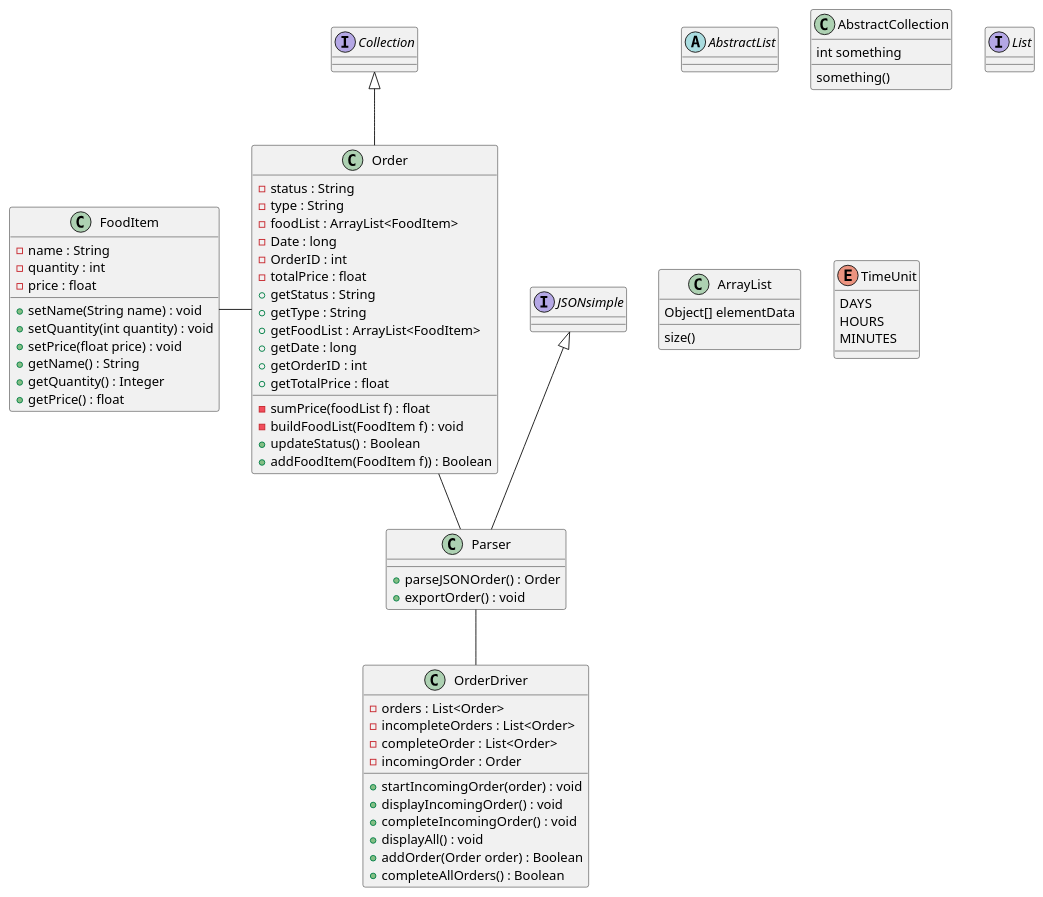
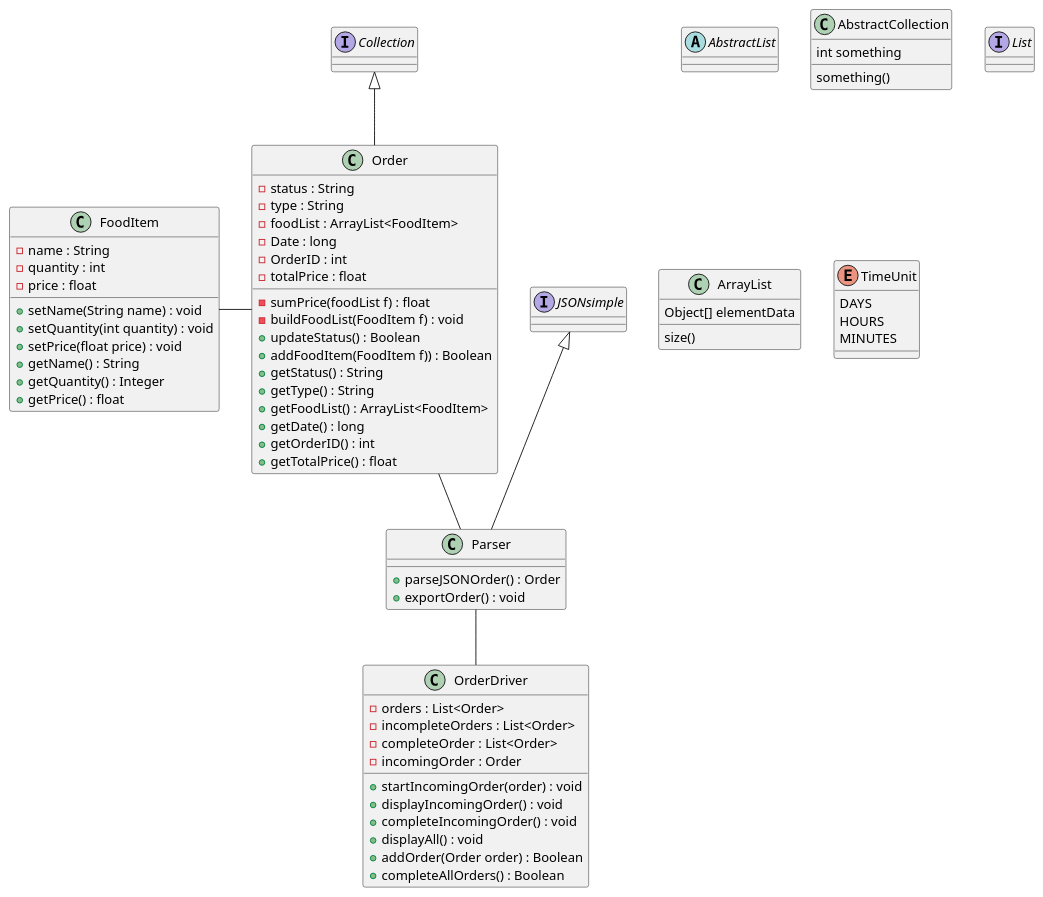
Before and after one commit to aidanmahl/372GroupProject: the diagram in code/src/main/java/Design/ClassUMLDiagram.puml, drawn with PlantUML.

Commit message:
modified the Order class get and set in the correct location in the UML.

```diff
--- a/code/src/main/java/Design/ClassUMLDiagram.puml
+++ b/code/src/main/java/Design/ClassUMLDiagram.puml
@@ -1,93 +1,93 @@
 @startuml
 'https://plantuml.com/class-diagram
 
 abstract class AbstractList
 abstract AbstractCollection
 class Parser
 class FoodItem
 class Order
 class OrderDriver
 /'
 9-19-2025 -Joseph
 I don't think we need to be documenting java util classes in here.
 We should only be documenting classes built in this package.
 If we need to describe a relationship our classes have, that belongs in that classes description no?
 '/
 interface List
 interface Collection
 interface JSONsimple
 
 
 JSONsimple <|-- Parser
 Collection <|-- Order
 Order -- Parser
 FoodItem - Order
 Parser -- OrderDriver
 
 class ArrayList {
 Object[] elementData
 size()
 }
 
 enum TimeUnit {
 DAYS
 HOURS
 MINUTES
 }
 
 class AbstractCollection {
 int something
 something()
 }
 
 class FoodItem {
 - name : String
 - quantity : int
 - price : float
 + setName(String name) : void
 + setQuantity(int quantity) : void
 + setPrice(float price) : void
 + getName() : String
 + getQuantity() : Integer
 + getPrice() : float
 }
 
 class Order {
 - status : String
 - type : String
 - foodList : ArrayList<FoodItem>
 - Date : long
 - OrderID : int
 - totalPrice : float
 - sumPrice(foodList f) : float
 - buildFoodList(FoodItem f) : void
 + updateStatus() : Boolean
 + addFoodItem(FoodItem f)) : Boolean
-+ getStatus : String
-+ getType : String
-+ getFoodList : ArrayList<FoodItem>
-+ getDate : long
-+ getOrderID : int
-+ getTotalPrice : float
++ getStatus() : String
++ getType() : String
++ getFoodList() : ArrayList<FoodItem>
++ getDate() : long
++ getOrderID() : int
++ getTotalPrice() : float
 }
 
 class Parser {
 + parseJSONOrder() : Order
 + exportOrder() : void
 }
 
 class OrderDriver {
 - orders : List<Order>
 - incompleteOrders : List<Order>
 - completeOrder : List<Order>
 - incomingOrder : Order
 + startIncomingOrder(order) : void
 + displayIncomingOrder() : void
 + completeIncomingOrder() : void
 + displayAll() : void
 + addOrder(Order order) : Boolean
 + completeAllOrders() : Boolean
 }
 
 
 @enduml
```
